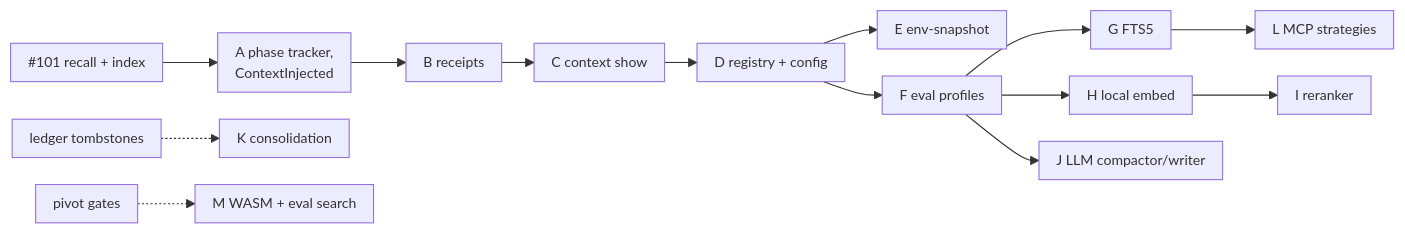
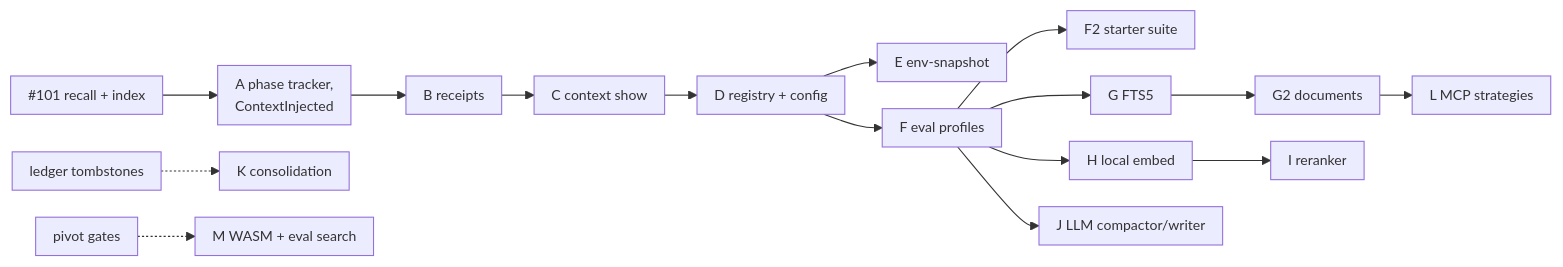
The diagram in docs/plans/pluggable-context-implementation.md (wojciechkpl/hone), drawn with Mermaid before and after one commit. The commit also changed other lines of this file, not shown here.

````diff
--- a/docs/plans/pluggable-context-implementation.md
+++ b/docs/plans/pluggable-context-implementation.md
@@ -26,13 +28,14 @@
 ```mermaid
 %%{init: {"themeVariables": {"fontSize": "13px"}, "flowchart": {"nodeSpacing": 25, "rankSpacing": 30, "padding": 8}, "sequence": {"actorMargin": 30, "messageMargin": 25, "boxMargin": 6}, "gantt": {"barHeight": 16, "barGap": 3}}}%%
 flowchart LR
   P101["#101 recall + index"] --> A["A phase tracker,<br/>ContextInjected"]
   A --> B["B receipts"] --> C["C context show"]
   C --> D["D registry + config"] --> E["E env-snapshot"]
   D --> F["F eval profiles"]
-  F --> G["G FTS5"] --> L["L MCP strategies"]
+  F --> F2["F2 starter suite"]
+  F --> G["G FTS5"] --> G2["G2 documents"] --> L["L MCP strategies"]
   F --> H["H local embed"] --> I["I reranker"]
   F --> J["J LLM compactor/writer"]
   LEDGER["ledger tombstones"] -.-> K["K consolidation"]
   GATE["pivot gates"] -.-> M["M WASM + eval search"]
 ```
````
